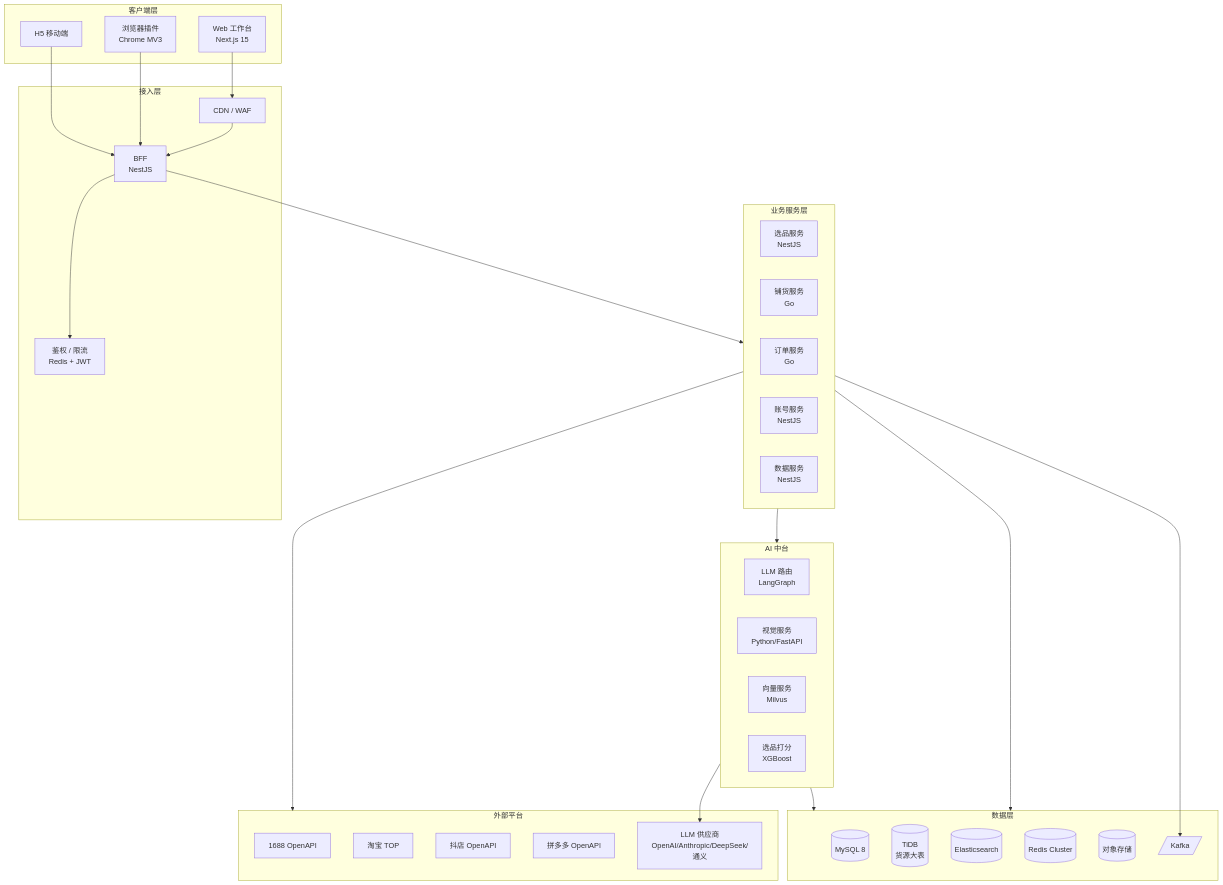
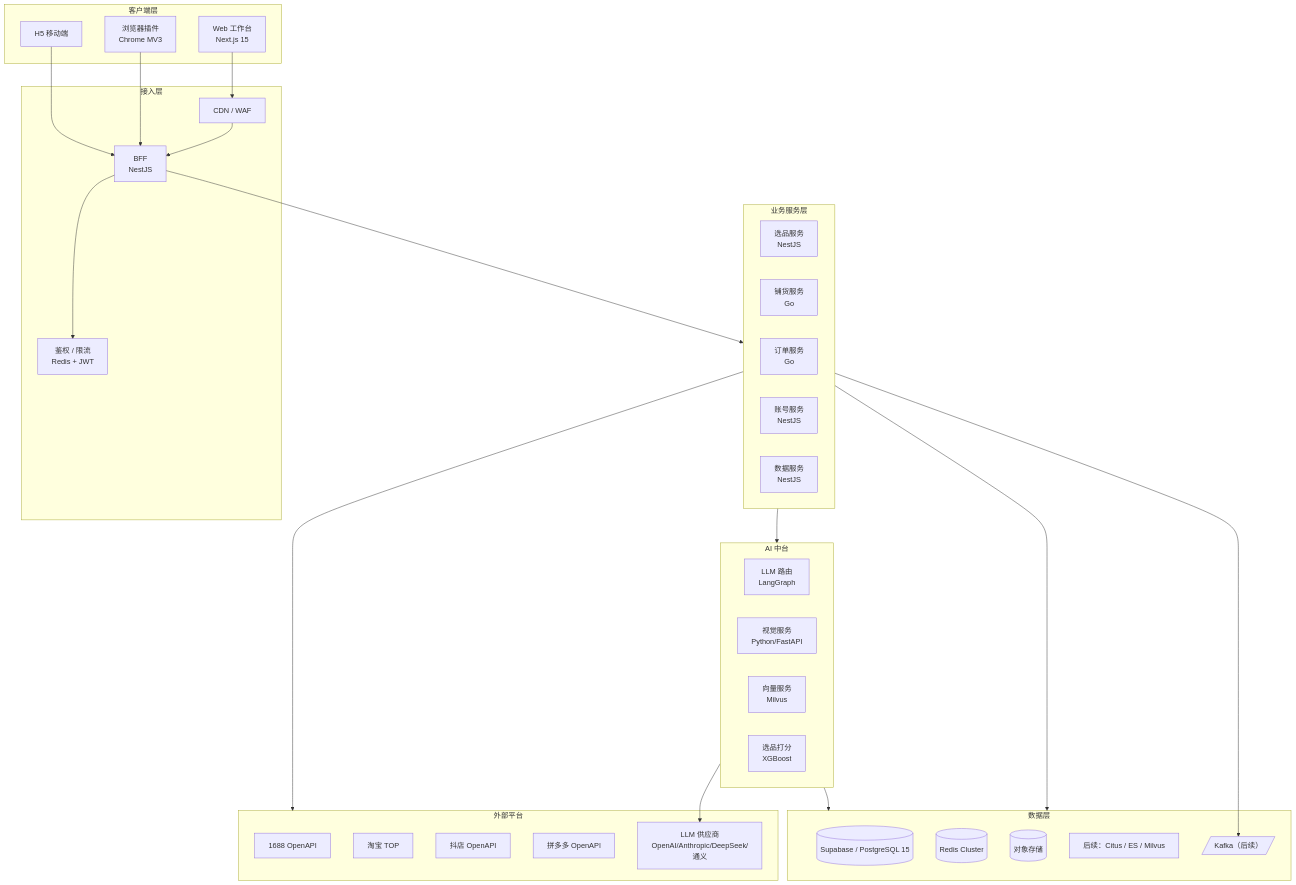
One commit to harzss/supplier changed the first of 2 diagrams in docs/03-architecture.md. Above: the diagram before and after it, drawn with Mermaid. The commit also changed other lines of this file and 344 other files, not shown here.

````diff
--- a/docs/03-architecture.md
+++ b/docs/03-architecture.md
@@ -5,58 +7,57 @@
 ```mermaid
 flowchart TB
     subgraph Client["客户端层"]
         Web["Web 工作台<br/>Next.js 15"]
         Plugin["浏览器插件<br/>Chrome MV3"]
         H5["H5 移动端"]
     end
 
     subgraph Edge["接入层"]
         CDN["CDN / WAF"]
         BFF["BFF<br/>NestJS"]
         Auth["鉴权 / 限流<br/>Redis + JWT"]
     end
 
     subgraph Service["业务服务层"]
         Product["选品服务<br/>NestJS"]
         Publish["铺货服务<br/>Go"]
         Order["订单服务<br/>Go"]
         Account["账号服务<br/>NestJS"]
         Analytics["数据服务<br/>NestJS"]
     end
 
     subgraph AI["AI 中台"]
         Router["LLM 路由<br/>LangGraph"]
         Vision["视觉服务<br/>Python/FastAPI"]
         Embed["向量服务<br/>Milvus"]
         Score["选品打分<br/>XGBoost"]
     end
 
     subgraph Data["数据层"]
-        MySQL[(MySQL 8)]
-        TiDB[(TiDB<br/>货源大表)]
-        ES[(Elasticsearch)]
+        PostgreSQL[(Supabase / PostgreSQL 15)]
         Redis[(Redis Cluster)]
         OSS[(对象存储)]
-        Kafka[/Kafka/]
+        FutureData["后续：Citus / ES / Milvus"]
+        Kafka[/Kafka（后续）/]
     end
 
     subgraph External["外部平台"]
         Ali1688["1688 OpenAPI"]
         TB["淘宝 TOP"]
         DY["抖店 OpenAPI"]
         PDD["拼多多 OpenAPI"]
         LLMs["LLM 供应商<br/>OpenAI/Anthropic/DeepSeek/通义"]
     end
 
     Web --> CDN --> BFF
     Plugin --> BFF
     H5 --> BFF
     BFF --> Auth
     BFF --> Service
     Service --> AI
     Service --> Data
     Service --> External
     AI --> LLMs
     AI --> Data
     Service --> Kafka
 ```
````
